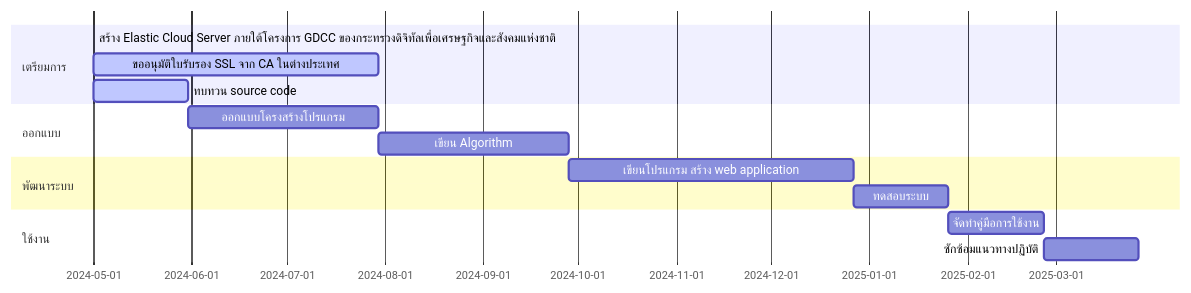
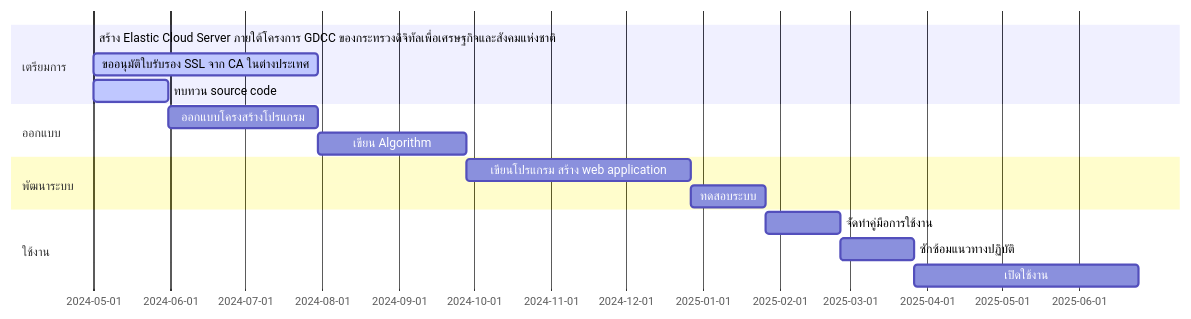
Before and after one commit to Kietpawpan/e-tracking: the first of 2 diagrams in README.md, drawn with Mermaid.

````diff
--- a/README.md
+++ b/README.md
@@ -10,18 +10,19 @@
 ```mermaid
 gantt
     section เตรียมการ
     สร้าง Elastic Cloud Server ภายใต้โครงการ GDCC ของกระทรวงดิจิทัลเพื่อเศรษฐกิจและสังคมแห่งชาติ :done,    des1, 2024-05-01,2024-05-30
     ขออนุมัติใบรับรอง SSL จาก CA ในต่างประเทศ        :active, des2, after des1, 90d
     ทบทวน source code  :   active, des3, after des1, 30d
     section ออกแบบ
     ออกแบบโครงสร้างโปรแกรม  :         des4, after des3, 60d
     เขียน Algorithm:   des5, after des4, 60d
     section พัฒนาระบบ
     เขียนโปรแกรม สร้าง web application  :  des6, after des5, 90d
     ทดสอบระบบ:des7, after des6, 30d
    section ใช้งาน
     จัดทำคู่มือการใช้งาน   :         des8, after des7, 30d
     ซักซ้อมแนวทางปฏิบัติ   :         des9, after des8, 30d
+      เปิดใช้งาน: des10, after des9, 90d
 
 
 ```
````
